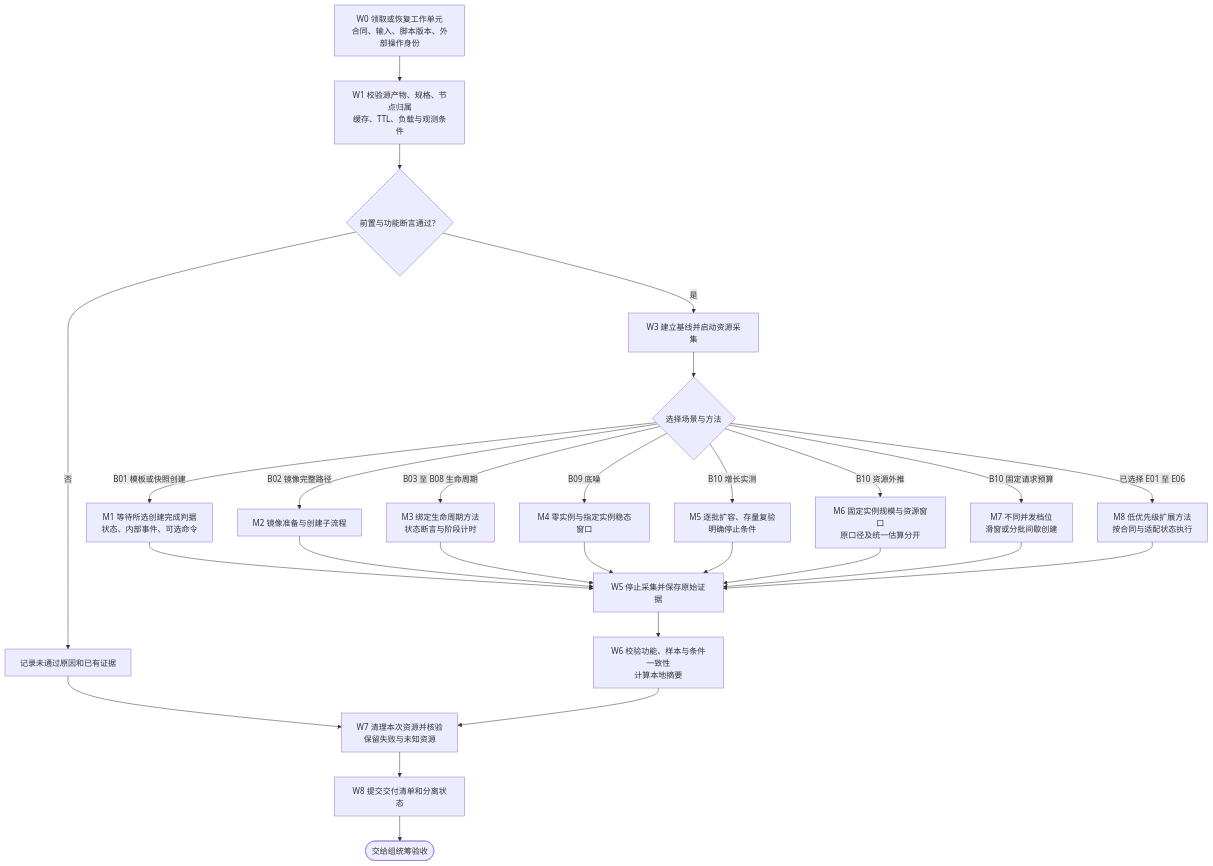
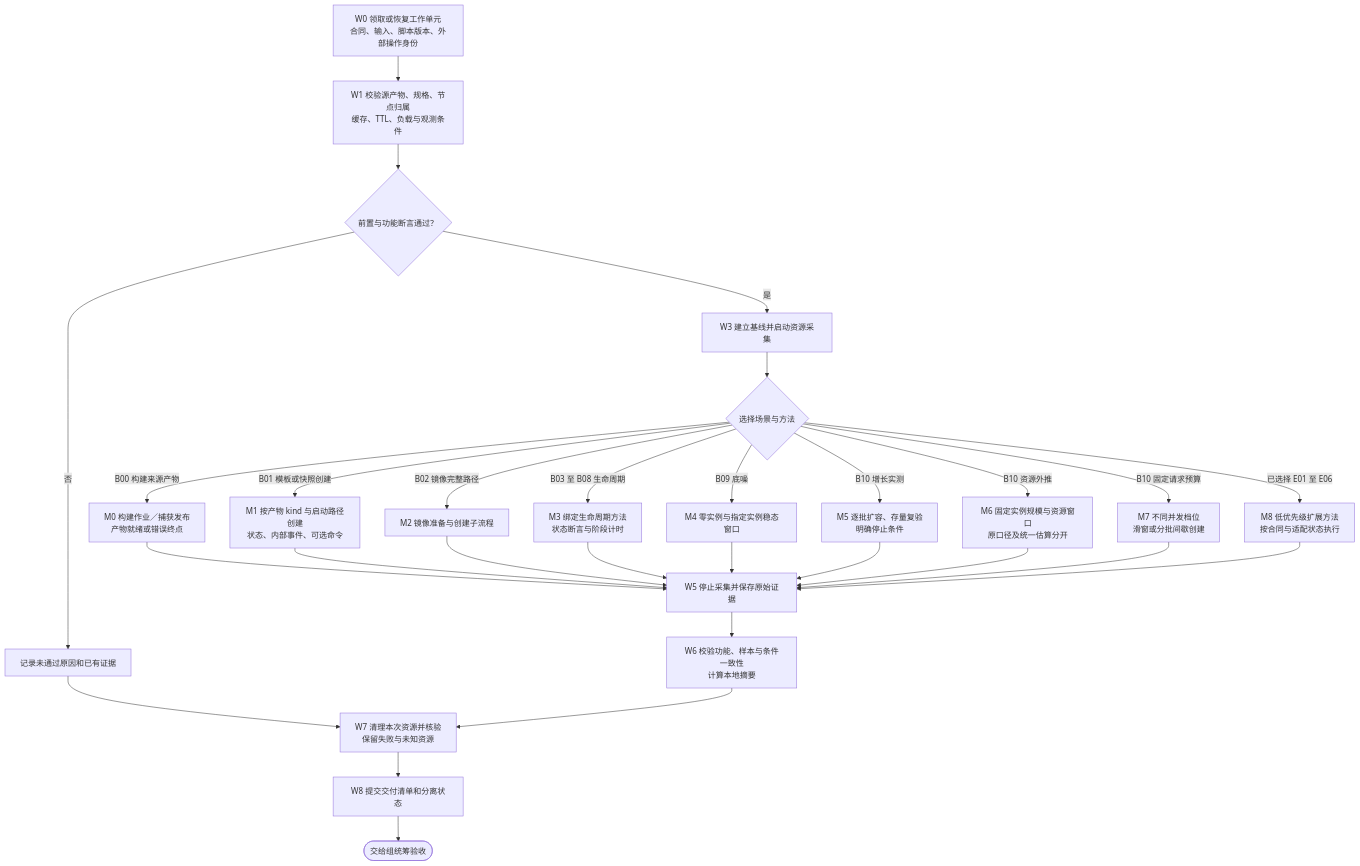
Before and after one commit to ChrisInnocent/sandbox_graph: the fourth of 5 diagrams in openspec/changes/sandbox-evaluation-workflow/design.md, drawn with Mermaid. The commit also changed other lines of this file and 113 other files, not shown here.

````diff
--- a/openspec/changes/sandbox-evaluation-workflow/design.md
+++ b/openspec/changes/sandbox-evaluation-workflow/design.md
@@ -162,29 +162,31 @@
 ```mermaid
 flowchart TD
     W0["W0 领取或恢复工作单元<br/>合同、输入、脚本版本、外部操作身份"] --> W1["W1 校验源产物、规格、节点归属<br/>缓存、TTL、负载与观测条件"]
     W1 --> W2{"前置与功能断言通过？"}
     W2 -->|否| WX["记录未通过原因和已有证据"]
     W2 -->|是| W3["W3 建立基线并启动资源采集"]
     W3 --> W4{"选择场景与方法"}
-    W4 -->|B01 模板或快照创建| M1["M1 等待所选创建完成判据<br/>状态、内部事件、可选命令"]
+    W4 -->|B00 构建来源产物| M0["M0 构建作业／捕获发布<br/>产物就绪或错误终点"]
+    W4 -->|B01 模板或快照创建| M1["M1 按产物 kind 与启动路径创建<br/>状态、内部事件、可选命令"]
     W4 -->|B02 镜像完整路径| M2["M2 镜像准备与创建子流程"]
     W4 -->|B03 至 B08 生命周期| M3["M3 绑定生命周期方法<br/>状态断言与阶段计时"]
     W4 -->|B09 底噪| M4["M4 零实例与指定实例稳态窗口"]
     W4 -->|B10 增长实测| M5["M5 逐批扩容、存量复验<br/>明确停止条件"]
     W4 -->|B10 资源外推| M6["M6 固定实例规模与资源窗口<br/>原口径及统一估算分开"]
     W4 -->|B10 固定请求预算| M7["M7 不同并发档位<br/>滑窗或分批间歇创建"]
     W4 -->|已选择 E01 至 E06| M8["M8 低优先级扩展方法<br/>按合同与适配状态执行"]
+    M0 --> W5
     M1 --> W5
     M2 --> W5
     M3 --> W5
     M4 --> W5
     M5 --> W5
     M6 --> W5
     M7 --> W5
     M8 --> W5
     W5["W5 停止采集并保存原始证据"] --> W6["W6 校验功能、样本与条件一致性<br/>计算本地摘要"]
     WX --> W7
     W6 --> W7["W7 清理本次资源并核验<br/>保留失败与未知资源"]
     W7 --> W8["W8 提交交付清单和分离状态"]
     W8 --> GQ(["交给组统筹验收"])
 ```
````
